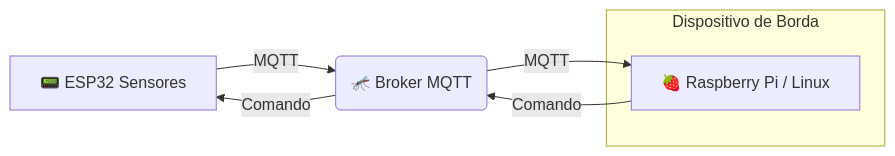
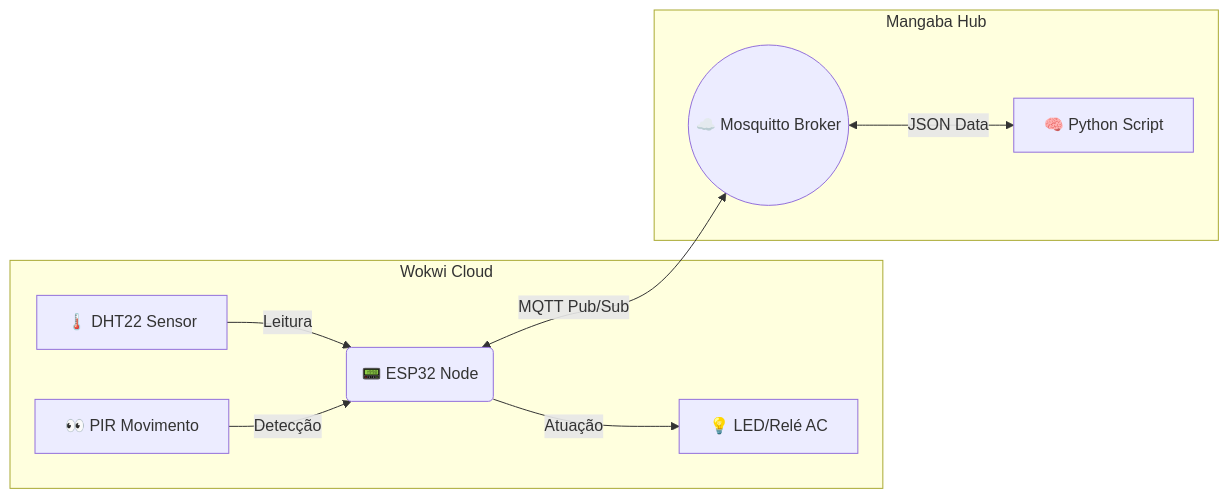
The diagram in README.md (datoriam/HackAI-Arrocha), drawn with Mermaid before and after one commit. The commit also changed other lines of this file, not shown here.

`````diff
--- a/README.md
+++ b/README.md
@@ -38,10 +33,14 @@
 ```mermaid
 graph LR
-    A[📟 ESP32 Sensores] -->|MQTT| B(🦟 Broker MQTT)
-    B -->|MQTT| C[🍓 Raspberry Pi / Linux]
-    C -->|Comando| B
-    B -->|Comando| A
-    subgraph Dispositivo de Borda
-    C
+    subgraph Wokwi Cloud
+    A[🌡️ DHT22 Sensor] -->|Leitura| B(📟 ESP32 Node)
+    C[👀 PIR Movimento] -->|Detecção| B
+    B -->|Atuação| D[💡 LED/Relé AC]
+    end
+
+    B <-->|MQTT Pub/Sub| E((☁️ Mosquitto Broker))
+
+    subgraph Mangaba Hub
+    E <-->|JSON Data| F[🧠 Python Script]
     end
 ````
`````
